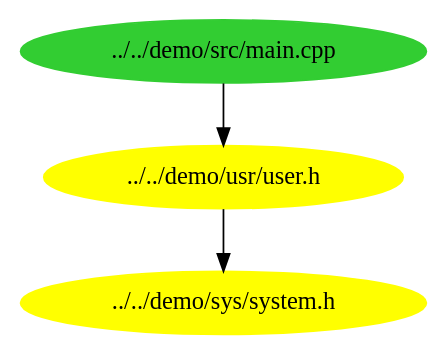
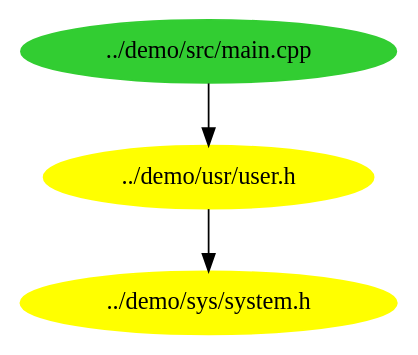
The diagram in demo/output/main.cpp.include.dot (paulross/cpip), drawn with Graphviz before and after one commit. The commit also changed 77 other files, not shown here.

```diff
--- a/demo/output/main.cpp.include.dot
+++ b/demo/output/main.cpp.include.dot
@@ -1,8 +1,8 @@
 digraph FigVisitorDot {
-"../../demo/src/main.cpp" [color=limegreen,style=filled,label="../../demo/src/main.cpp"];
-"../../demo/sys/system.h" [color=yellow,style=filled,label="../../demo/sys/system.h"];
-"../../demo/usr/user.h" [color=yellow,style=filled,label="../../demo/usr/user.h"];
-"../../demo/src/main.cpp" -> "../../demo/usr/user.h";
-"../../demo/usr/user.h" -> "../../demo/sys/system.h";
-"../../demo/sys/system.h";
+"../demo/src/main.cpp" [color=limegreen,style=filled,label="../demo/src/main.cpp"];
+"../demo/sys/system.h" [color=yellow,style=filled,label="../demo/sys/system.h"];
+"../demo/usr/user.h" [color=yellow,style=filled,label="../demo/usr/user.h"];
+"../demo/src/main.cpp" -> "../demo/usr/user.h";
+"../demo/usr/user.h" -> "../demo/sys/system.h";
+"../demo/sys/system.h";
 }
```
